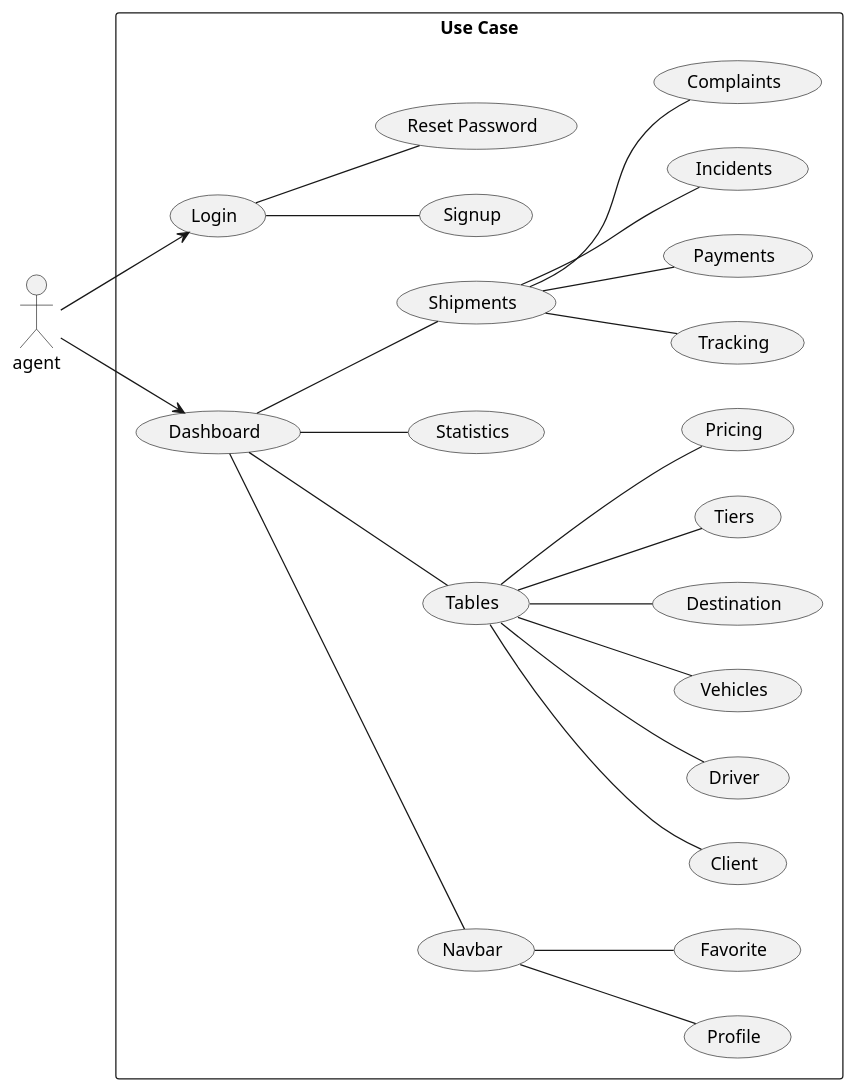
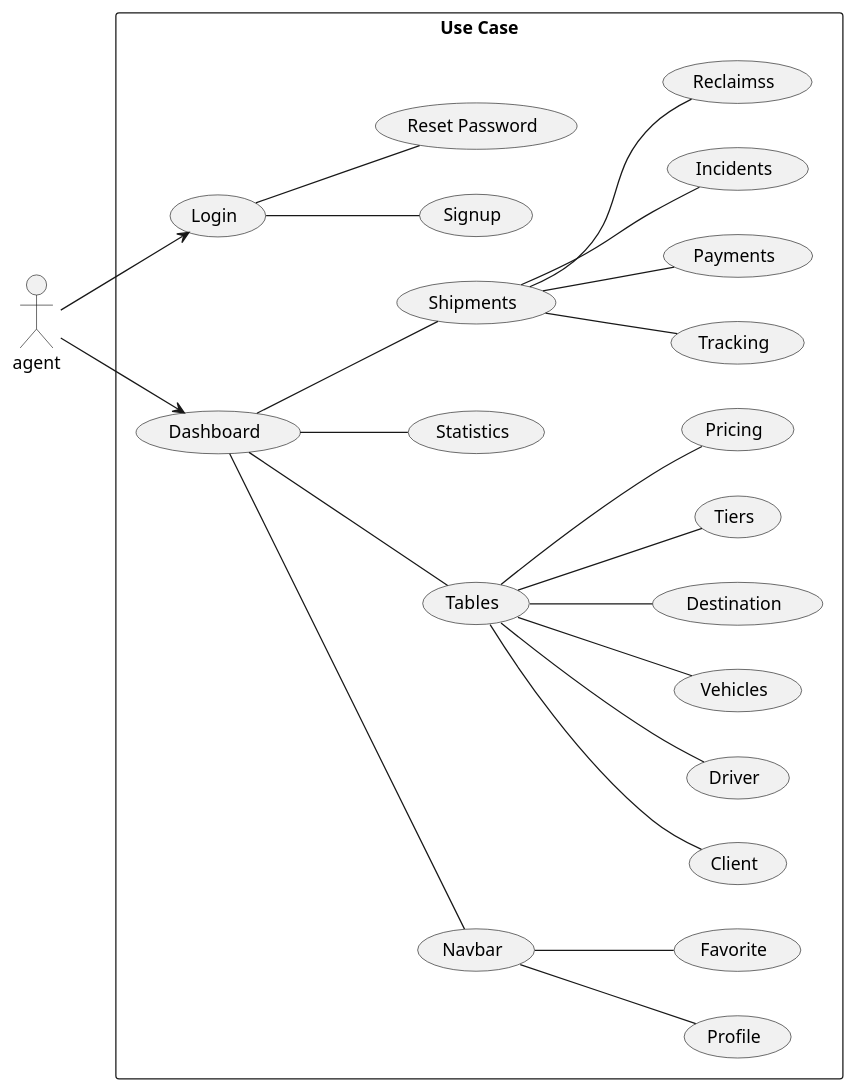
One commit to mati2100/Project-TP-SI changed the diagram in Conception/UseCase.puml. Above: the diagram before and after it, drawn with PlantUML. The commit also changed 70 other files, not shown here.

```diff
--- a/Conception/UseCase.puml
+++ b/Conception/UseCase.puml
@@ -1,55 +1,55 @@
 @startuml
 left to right direction
 
 actor "agent" as agent
 
 rectangle "Use Case" as UC {
   usecase "Login" as login
   usecase "Signup" as signup
   usecase "Reset Password" as resetpassword
   usecase "Navbar" as navbar
   usecase "Profile" as profile
   usecase "Favorite" as favorites
   usecase "Dashboard" as dashboard
   usecase "Tables" as tables
   usecase "Statistics" as statistics
   usecase "Shipments" as shipments
   usecase "Tracking" as tracking
   usecase "Payments" as payments
   usecase "Incidents" as incidents
-  usecase "Complaints" as complaints
+  usecase "Reclaimss" as complaints
   usecase "Client" as client
   usecase "Driver" as driver
   usecase "Vehicles" as vehicles
   usecase "Destination" as destinations
   usecase "Tiers" as tiers
   usecase "Pricing" as pricing
 }
 
 agent --> login
 agent --> dashboard
 
 login     -- signup
 login     -- resetpassword
 
 dashboard -- tables
 dashboard -- navbar
 dashboard -- shipments
 dashboard -- statistics
 
 tables    -- client
 tables    -- driver
 tables    -- vehicles
 tables    -- destinations
 tables    -- tiers
 tables    -- pricing
 
 navbar    -- profile
 navbar    -- favorites
 
 shipments -- tracking
 shipments -- payments
 shipments -- incidents
 shipments -- complaints
 
 @enduml
```
